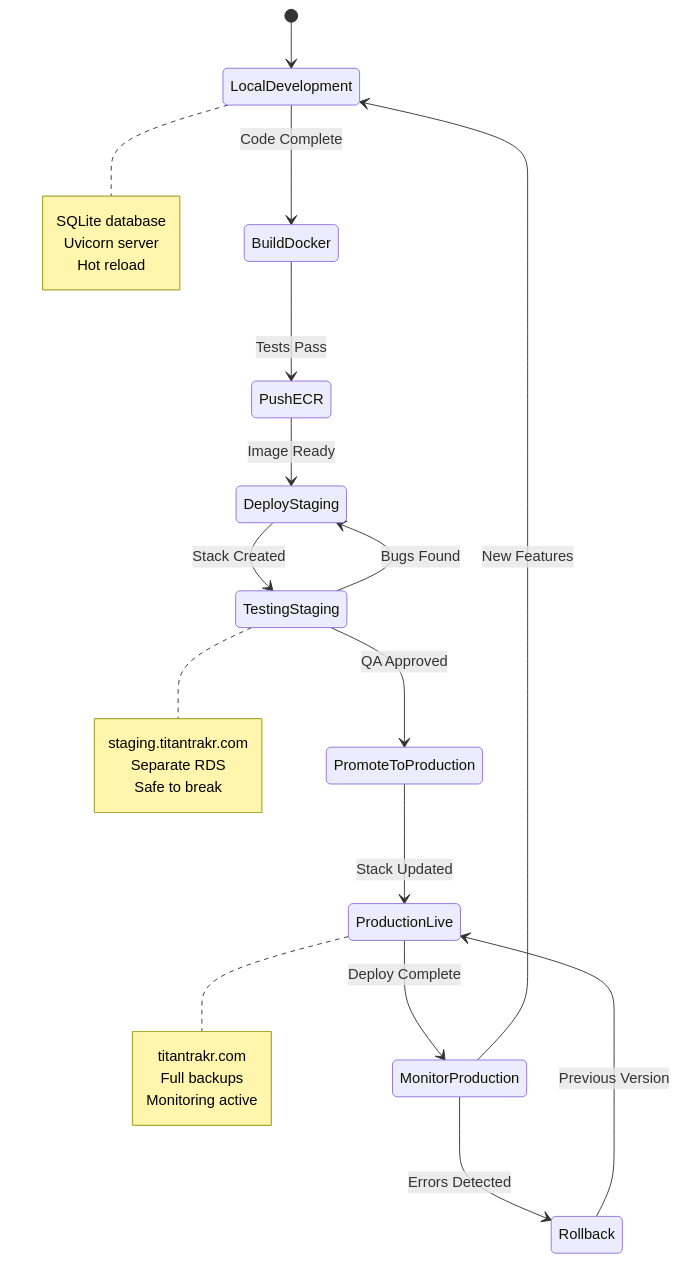
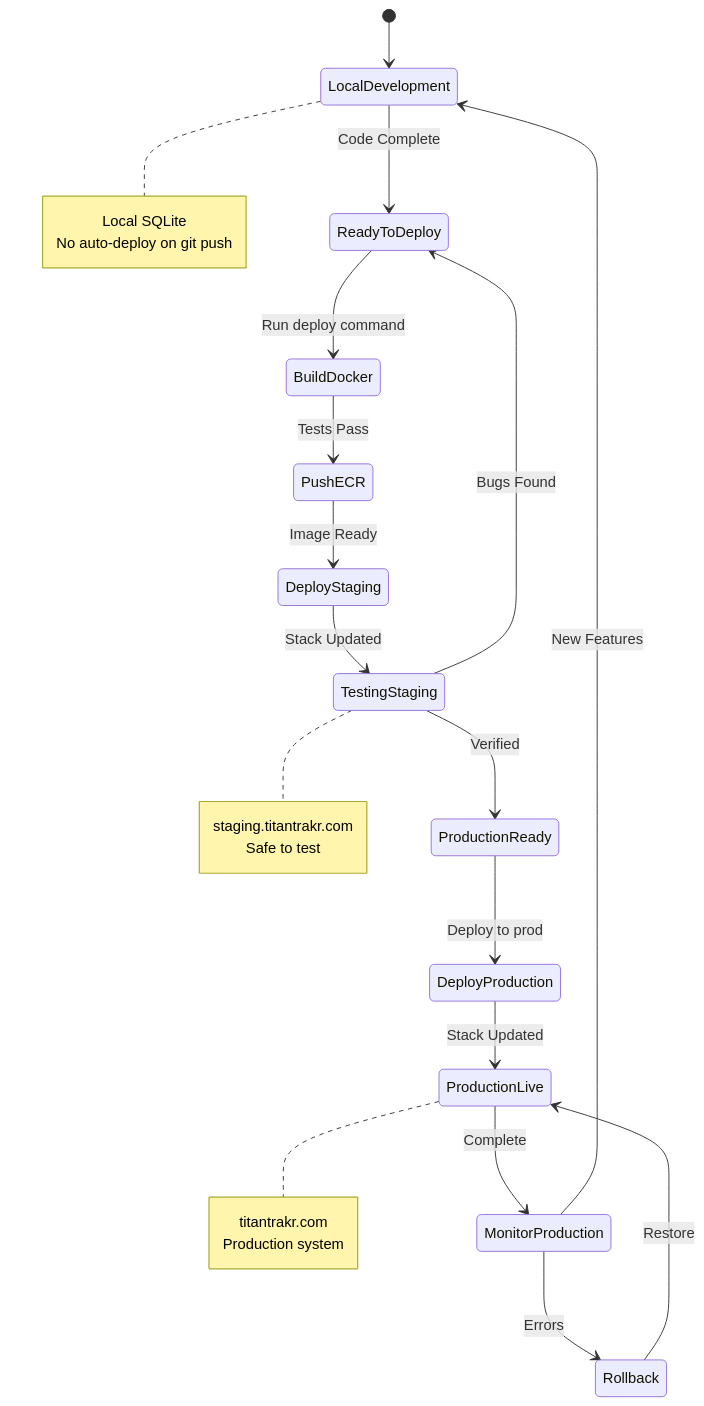
One commit to fibbonacciBear/gym_app changed diagram 16 of 17 in infrastructure/AWS_DEPLOYMENT_ARCHITECTURE.md. Above: the diagram before and after it, drawn with Mermaid. The commit also changed other lines of this file and 57 other files, not shown here.

````diff
--- a/infrastructure/AWS_DEPLOYMENT_ARCHITECTURE.md
+++ b/infrastructure/AWS_DEPLOYMENT_ARCHITECTURE.md
@@ -837,37 +832,36 @@
 ```mermaid
 stateDiagram-v2
     [*] --> LocalDevelopment
     
-    LocalDevelopment --> BuildDocker: Code Complete
+    LocalDevelopment --> ReadyToDeploy: Code Complete
+    ReadyToDeploy --> BuildDocker: Run deploy command
     BuildDocker --> PushECR: Tests Pass
     PushECR --> DeployStaging: Image Ready
     
-    DeployStaging --> TestingStaging: Stack Created
-    TestingStaging --> DeployStaging: Bugs Found
-    TestingStaging --> PromoteToProduction: QA Approved
+    DeployStaging --> TestingStaging: Stack Updated
+    TestingStaging --> ReadyToDeploy: Bugs Found
+    TestingStaging --> ProductionReady: Verified
     
-    PromoteToProduction --> ProductionLive: Stack Updated
-    ProductionLive --> MonitorProduction: Deploy Complete
+    ProductionReady --> DeployProduction: Deploy to prod
+    DeployProduction --> ProductionLive: Stack Updated
+    ProductionLive --> MonitorProduction: Complete
     
-    MonitorProduction --> Rollback: Errors Detected
+    MonitorProduction --> Rollback: Errors
     MonitorProduction --> LocalDevelopment: New Features
-    Rollback --> ProductionLive: Previous Version
+    Rollback --> ProductionLive: Restore
     
     note right of LocalDevelopment
-        SQLite database
-        Uvicorn server
-        Hot reload
+        Local SQLite
+        No auto-deploy on git push
     end note
     
     note right of TestingStaging
         staging.titantrakr.com
-        Separate RDS
-        Safe to break
+        Safe to test
     end note
     
     note right of ProductionLive
         titantrakr.com
-        Full backups
-        Monitoring active
+        Production system
     end note
 ```
````
